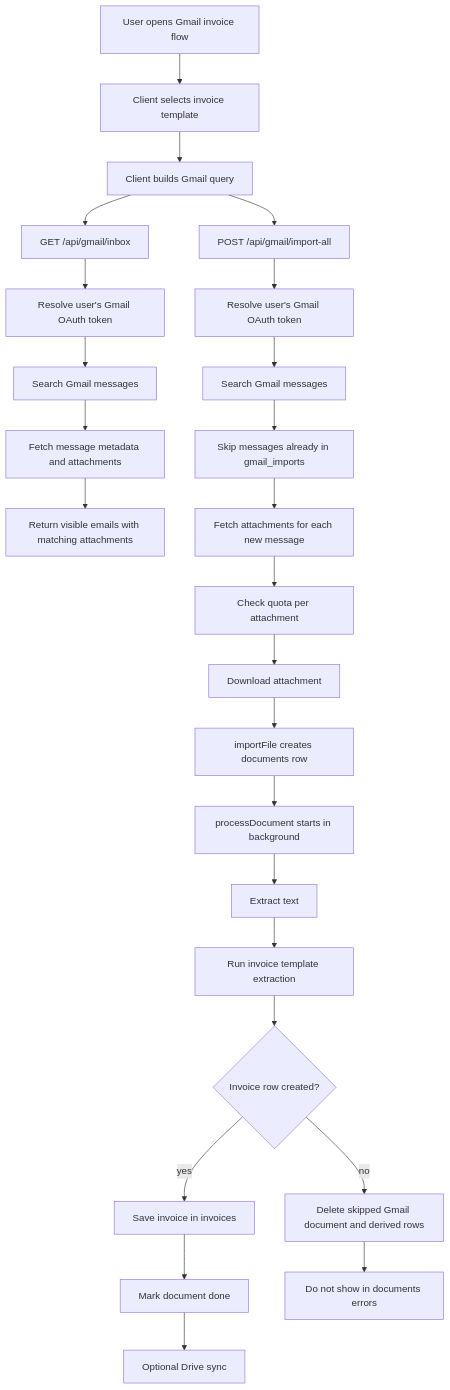
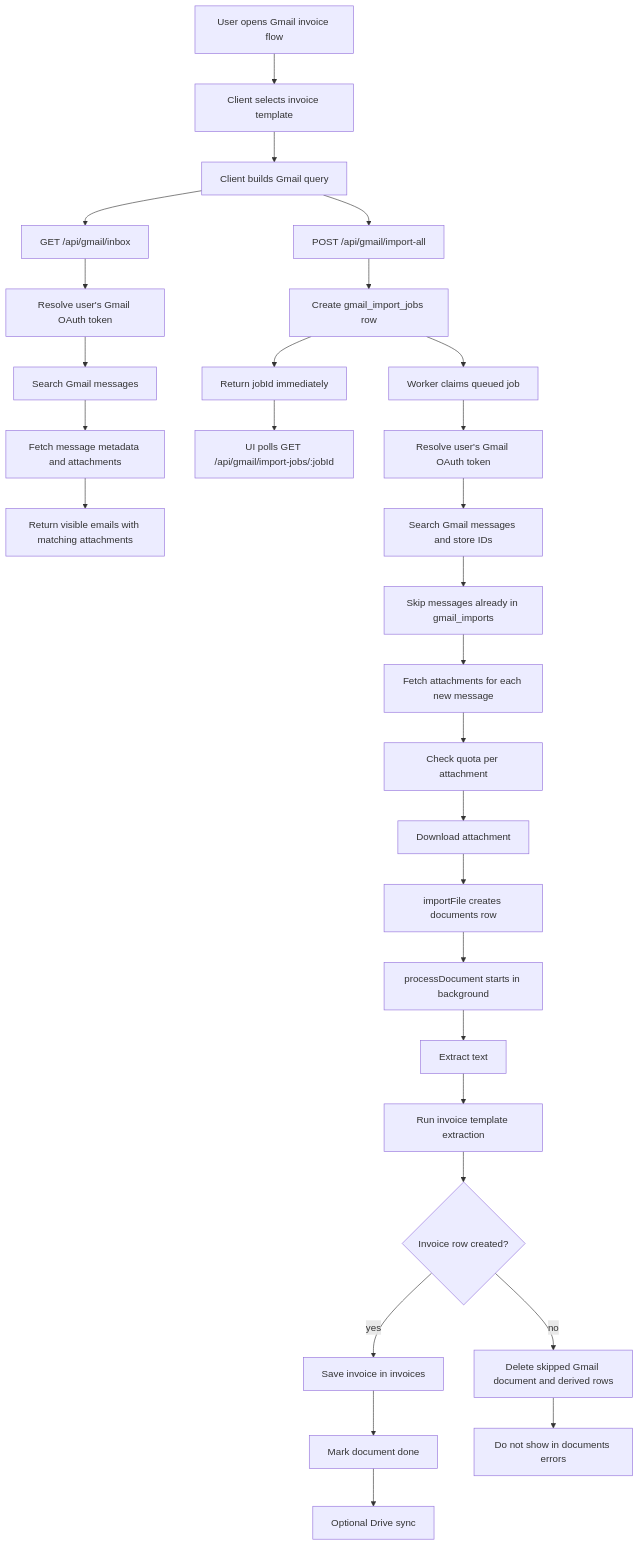
One commit to arshavskiy/Reminder changed the first of 4 diagrams in docs/GMAIL_INVOICE_IMPORT_FLOW.md. Above: the diagram before and after it, drawn with Mermaid. The commit also changed other lines of this file and 6 other files, not shown here.

Commit message:
feat: queue Gmail bulk imports

````diff
--- a/docs/GMAIL_INVOICE_IMPORT_FLOW.md
+++ b/docs/GMAIL_INVOICE_IMPORT_FLOW.md
@@ -38,29 +40,33 @@
 ```mermaid
 flowchart TD
   A[User opens Gmail invoice flow] --> B[Client selects invoice template]
   B --> C[Client builds Gmail query]
   C --> D[GET /api/gmail/inbox]
   C --> E[POST /api/gmail/import-all]
 
   D --> F[Resolve user's Gmail OAuth token]
   F --> G[Search Gmail messages]
   G --> H[Fetch message metadata and attachments]
   H --> I[Return visible emails with matching attachments]
 
-  E --> J[Resolve user's Gmail OAuth token]
-  J --> K[Search Gmail messages]
-  K --> L[Skip messages already in gmail_imports]
-  L --> M[Fetch attachments for each new message]
-  M --> N[Check quota per attachment]
-  N --> O[Download attachment]
-  O --> P[importFile creates documents row]
-  P --> Q[processDocument starts in background]
-  Q --> R[Extract text]
-  R --> S[Run invoice template extraction]
-  S --> T{Invoice row created?}
-  T -->|yes| U[Save invoice in invoices]
-  T -->|no| V[Delete skipped Gmail document and derived rows]
-  U --> W[Mark document done]
-  W --> X[Optional Drive sync]
-  V --> Y[Do not show in documents errors]
+  E --> J[Create gmail_import_jobs row]
+  J --> K[Return jobId immediately]
+  K --> L[UI polls GET /api/gmail/import-jobs/:jobId]
+  J --> M[Worker claims queued job]
+  M --> N[Resolve user's Gmail OAuth token]
+  N --> O[Search Gmail messages and store IDs]
+  O --> P[Skip messages already in gmail_imports]
+  P --> Q[Fetch attachments for each new message]
+  Q --> R[Check quota per attachment]
+  R --> S[Download attachment]
+  S --> T[importFile creates documents row]
+  T --> U[processDocument starts in background]
+  U --> V[Extract text]
+  V --> W[Run invoice template extraction]
+  W --> X{Invoice row created?}
+  X -->|yes| Y[Save invoice in invoices]
+  X -->|no| Z[Delete skipped Gmail document and derived rows]
+  Y --> AA[Mark document done]
+  AA --> AB[Optional Drive sync]
+  Z --> AC[Do not show in documents errors]
 ```
````
